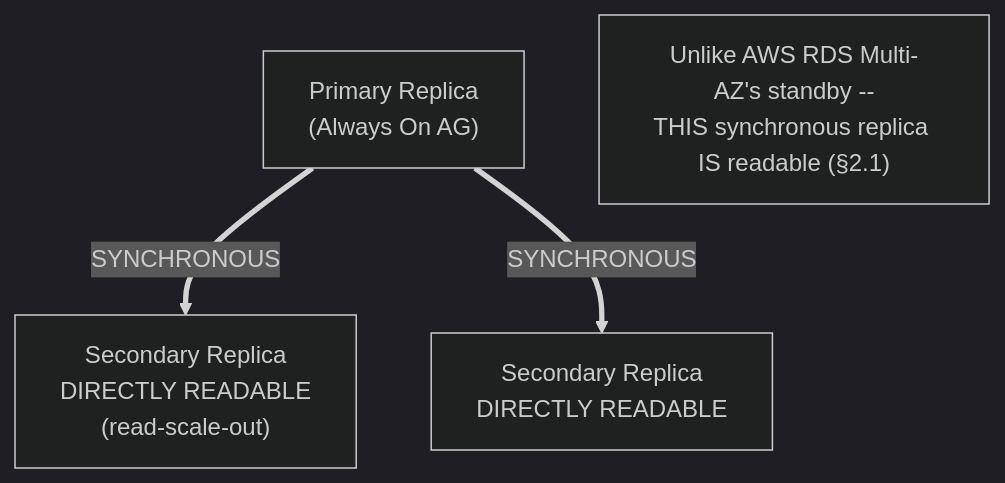
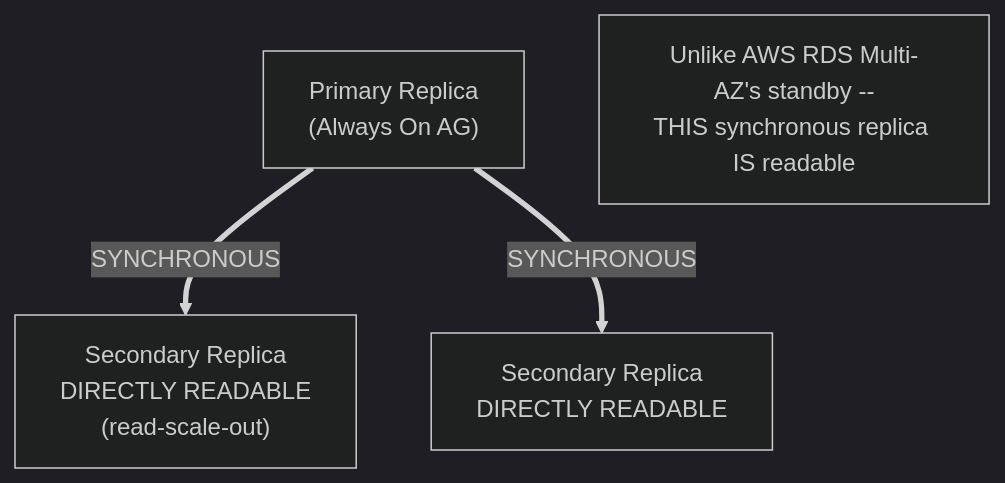
The second of 2 diagrams in 22-Azure/04-Databases-AzureSQL-CosmosDB.md (umashankarp/InterviewQuestions), drawn with Mermaid (dark theme) before and after one commit. The commit also changed other lines of this file and 173 other files, not shown here.

````diff
--- a/22-Azure/04-Databases-AzureSQL-CosmosDB.md
+++ b/22-Azure/04-Databases-AzureSQL-CosmosDB.md
@@ -68,6 +68,6 @@
 ```mermaid
 graph TB
-    Primary["Primary Replica<br/>(Always On AG)"] ==>|"SYNCHRONOUS"| Sec1["Secondary Replica<br/>DIRECTLY READABLE<br/>(read-scale-out)"]
-    Primary ==>|"SYNCHRONOUS"| Sec2["Secondary Replica<br/>DIRECTLY READABLE"]
-    Note["Unlike AWS RDS Multi-AZ's standby --<br/>THIS synchronous replica IS readable (§2.1)"]
+ Primary["Primary Replica<br/>(Always On AG)"] ==>|"SYNCHRONOUS"| Sec1["Secondary Replica<br/>DIRECTLY READABLE<br/>(read-scale-out)"]
+ Primary ==>|"SYNCHRONOUS"| Sec2["Secondary Replica<br/>DIRECTLY READABLE"]
+ Note["Unlike AWS RDS Multi-AZ's standby --<br/>THIS synchronous replica IS readable"]
 ```
````
